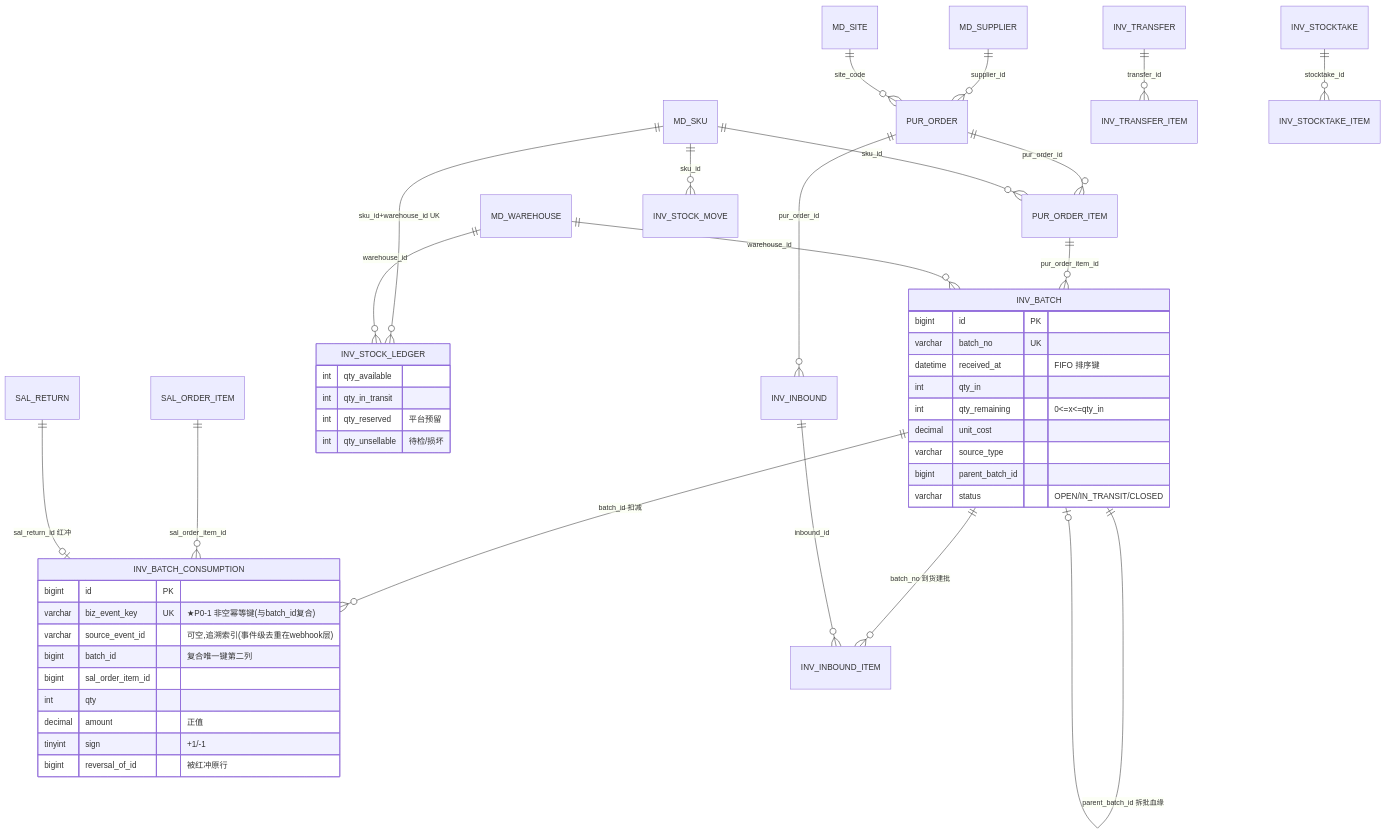
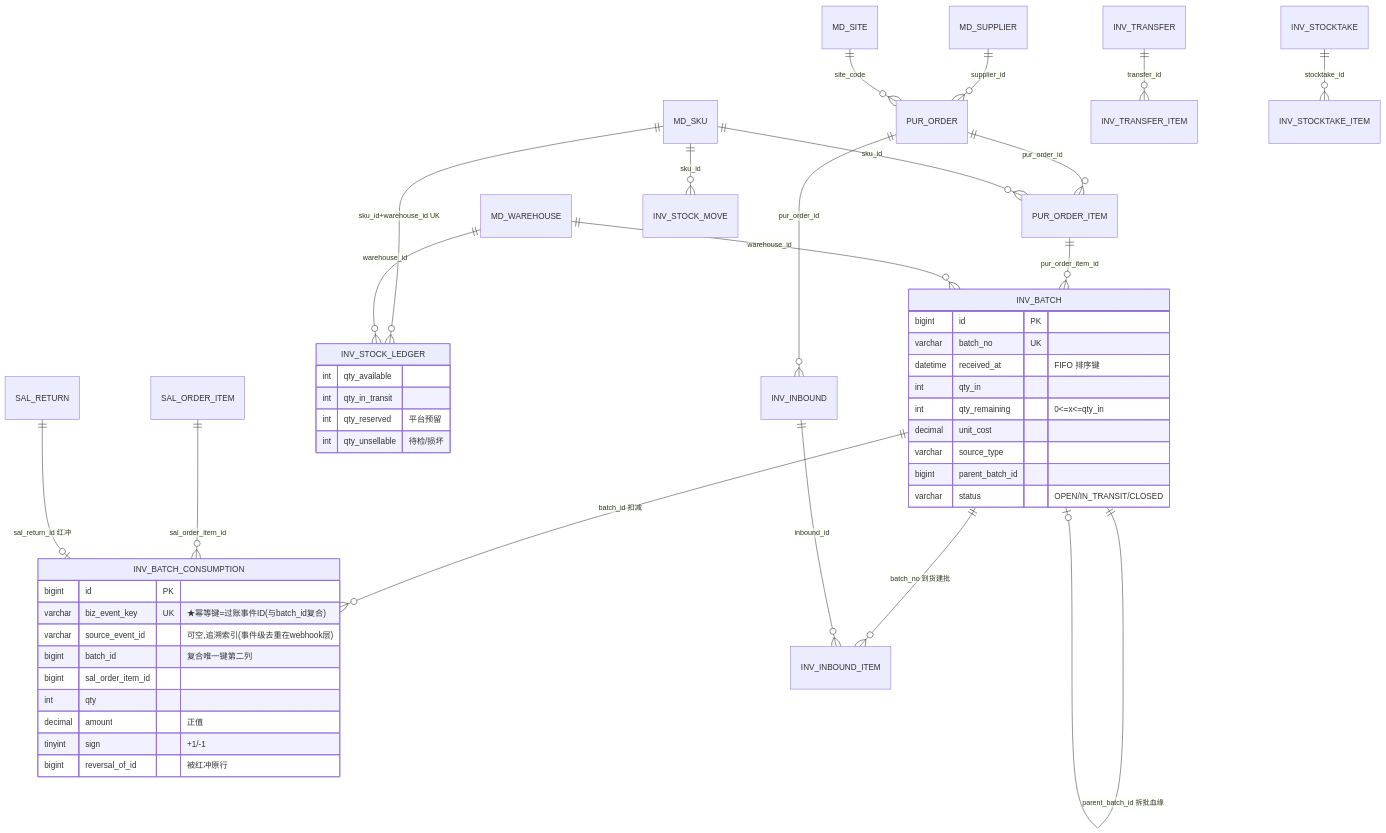
One commit to dreamofheart1/noonERP changed the second of 4 diagrams in docs/noon-erp-schema-v0.5-er.md. Above: the diagram before and after it, drawn with Mermaid. The commit also changed other lines of this file and 6 other files, not shown here.

````diff
--- a/docs/noon-erp-schema-v0.5-er.md
+++ b/docs/noon-erp-schema-v0.5-er.md
@@ -97,50 +97,50 @@
 ```mermaid
 erDiagram
     MD_SUPPLIER ||--o{ PUR_ORDER : "supplier_id"
     MD_SITE ||--o{ PUR_ORDER : "site_code"
     PUR_ORDER ||--o{ PUR_ORDER_ITEM : "pur_order_id"
     MD_SKU ||--o{ PUR_ORDER_ITEM : "sku_id"
     PUR_ORDER_ITEM ||--o{ INV_BATCH : "pur_order_item_id"
     MD_WAREHOUSE ||--o{ INV_BATCH : "warehouse_id"
     INV_BATCH ||--o| INV_BATCH : "parent_batch_id 拆批血缘"
     INV_BATCH ||--o{ INV_BATCH_CONSUMPTION : "batch_id 扣减"
     INV_BATCH ||--o{ INV_INBOUND_ITEM : "batch_no 到货建批"
     PUR_ORDER ||--o{ INV_INBOUND : "pur_order_id"
     INV_INBOUND ||--o{ INV_INBOUND_ITEM : "inbound_id"
     MD_SKU ||--o{ INV_STOCK_LEDGER : "sku_id+warehouse_id UK"
     MD_WAREHOUSE ||--o{ INV_STOCK_LEDGER : "warehouse_id"
     MD_SKU ||--o{ INV_STOCK_MOVE : "sku_id"
     INV_TRANSFER ||--o{ INV_TRANSFER_ITEM : "transfer_id"
     INV_STOCKTAKE ||--o{ INV_STOCKTAKE_ITEM : "stocktake_id"
     SAL_ORDER_ITEM ||--o{ INV_BATCH_CONSUMPTION : "sal_order_item_id"
     SAL_RETURN ||--o| INV_BATCH_CONSUMPTION : "sal_return_id 红冲"
 
     INV_BATCH {
         bigint id PK
         varchar batch_no UK
         datetime received_at "FIFO 排序键"
         int qty_in
         int qty_remaining "0<=x<=qty_in"
         decimal unit_cost
         varchar source_type
         bigint parent_batch_id
         varchar status "OPEN/IN_TRANSIT/CLOSED"
     }
     INV_BATCH_CONSUMPTION {
         bigint id PK
-        varchar biz_event_key UK "★P0-1 非空幂等键(与batch_id复合)"
+        varchar biz_event_key UK "★幂等键=过账事件ID(与batch_id复合)"
         varchar source_event_id "可空,追溯索引(事件级去重在webhook层)"
         bigint batch_id "复合唯一键第二列"
         bigint sal_order_item_id
         int qty
         decimal amount "正值"
         tinyint sign "+1/-1"
         bigint reversal_of_id "被红冲原行"
     }
     INV_STOCK_LEDGER {
         int qty_available
         int qty_in_transit
         int qty_reserved "平台预留"
         int qty_unsellable "待检/损坏"
     }
 ```
````
